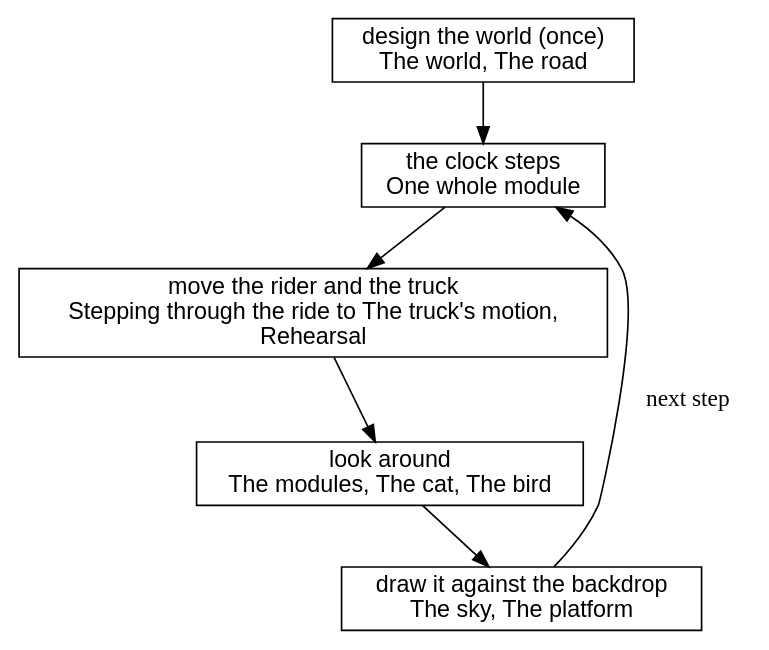
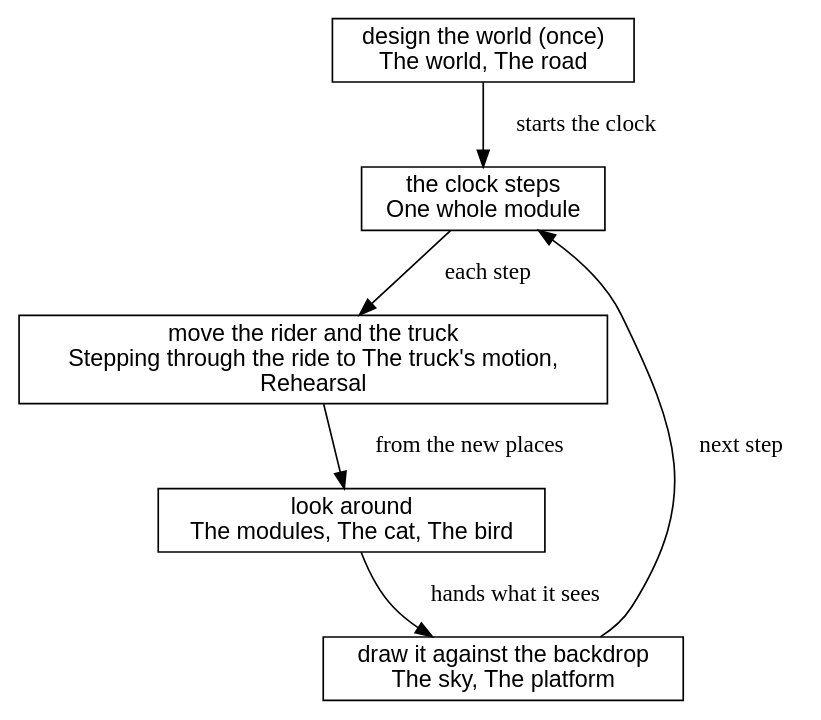
Before and after one commit to showell/roc-apps: diagram 30 of 30 in canvas_apps/safari/tutorial/tutorial.md, drawn with Graphviz. The commit also changed other lines of this file, not shown here.

Commit message:
safari book: labels on the closing loop; four fields decide a frame

````diff
--- a/canvas_apps/safari/tutorial/tutorial.md
+++ b/canvas_apps/safari/tutorial/tutorial.md
@@ -2973,15 +2973,15 @@
 ```dot
 digraph opened {
   node [shape=box, fontname="Helvetica"];
   world [label="design the world (once)\nThe world, The road"];
   tick [label="the clock steps\nOne whole module"];
   move [label="move the rider and the truck\nStepping through the ride to The truck's motion,\nRehearsal"];
   look [label="look around\nThe modules, The cat, The bird"];
   draw [label="draw it against the backdrop\nThe sky, The platform"];
-  world -> tick;
-  tick -> move;
-  move -> look;
-  look -> draw;
+  world -> tick [label="  starts the clock"];
+  tick -> move [label="  each step"];
+  move -> look [label="  from the new places"];
+  look -> draw [label="  hands what it sees"];
   draw -> tick [label="  next step"];
 }
 ```
````
